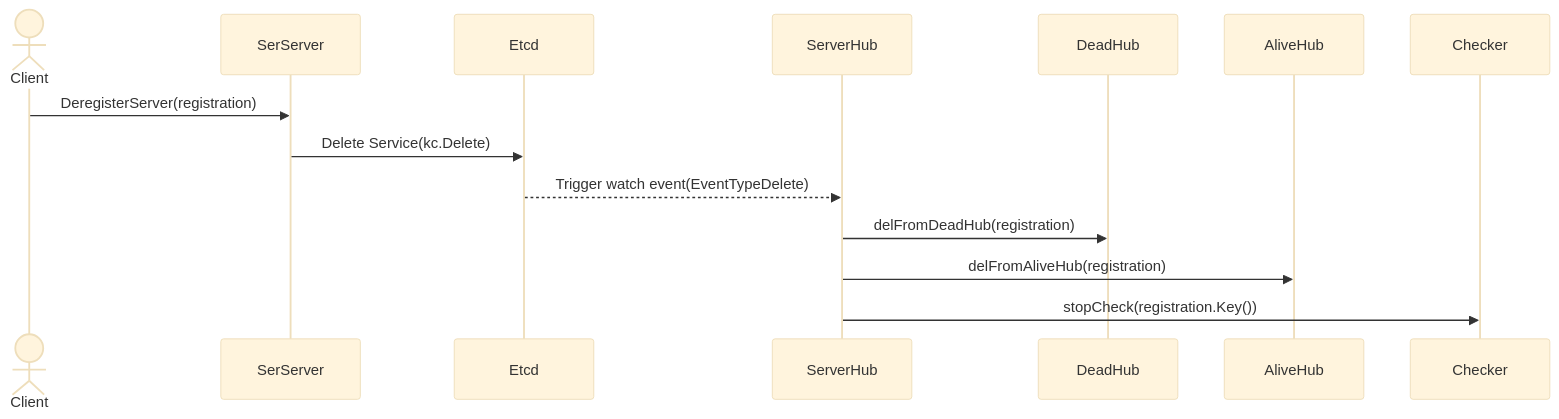
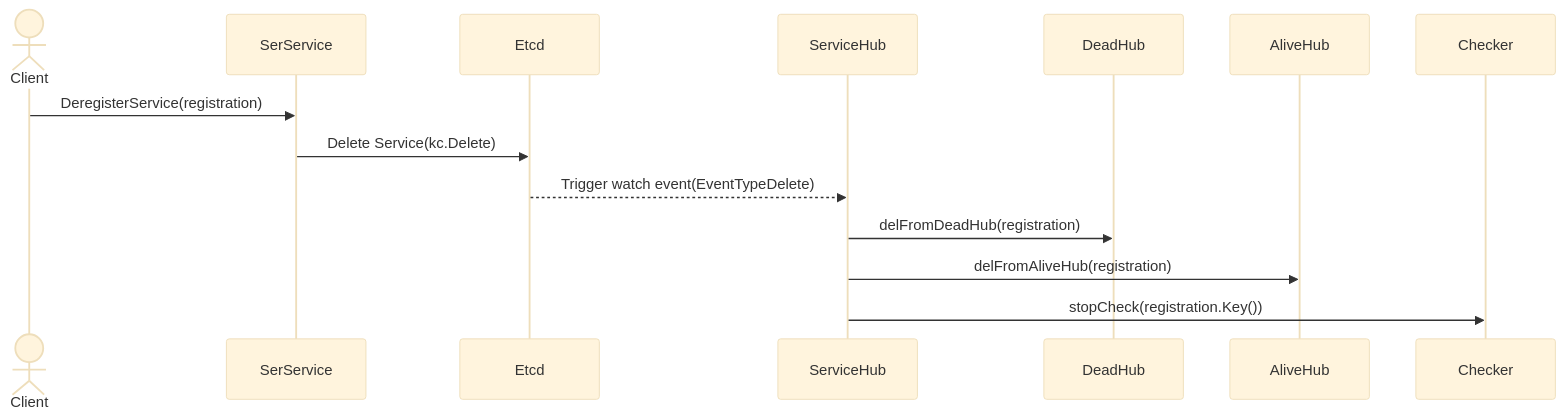
The second of 4 diagrams in README.md (cruvie/kk_etcd_go), drawn with Mermaid (base theme) before and after one commit. The commit also changed other lines of this file and 116 other files, not shown here.

Commit message:
replace server to service

````diff
--- a/README.md
+++ b/README.md
@@ -107,10 +107,10 @@
 ```mermaid
 sequenceDiagram
     actor Client
-    Client ->> SerServer: DeregisterServer(registration)
-    SerServer ->> Etcd: Delete Service(kc.Delete)
-    Etcd -->> ServerHub: Trigger watch event(EventTypeDelete)
-    ServerHub ->> DeadHub: delFromDeadHub(registration)
-    ServerHub ->> AliveHub: delFromAliveHub(registration)
-    ServerHub ->> Checker: stopCheck(registration.Key())
+    Client ->> SerService: DeregisterService(registration)
+    SerService ->> Etcd: Delete Service(kc.Delete)
+    Etcd -->> ServiceHub: Trigger watch event(EventTypeDelete)
+    ServiceHub ->> DeadHub: delFromDeadHub(registration)
+    ServiceHub ->> AliveHub: delFromAliveHub(registration)
+    ServiceHub ->> Checker: stopCheck(registration.Key())
 ```
````
